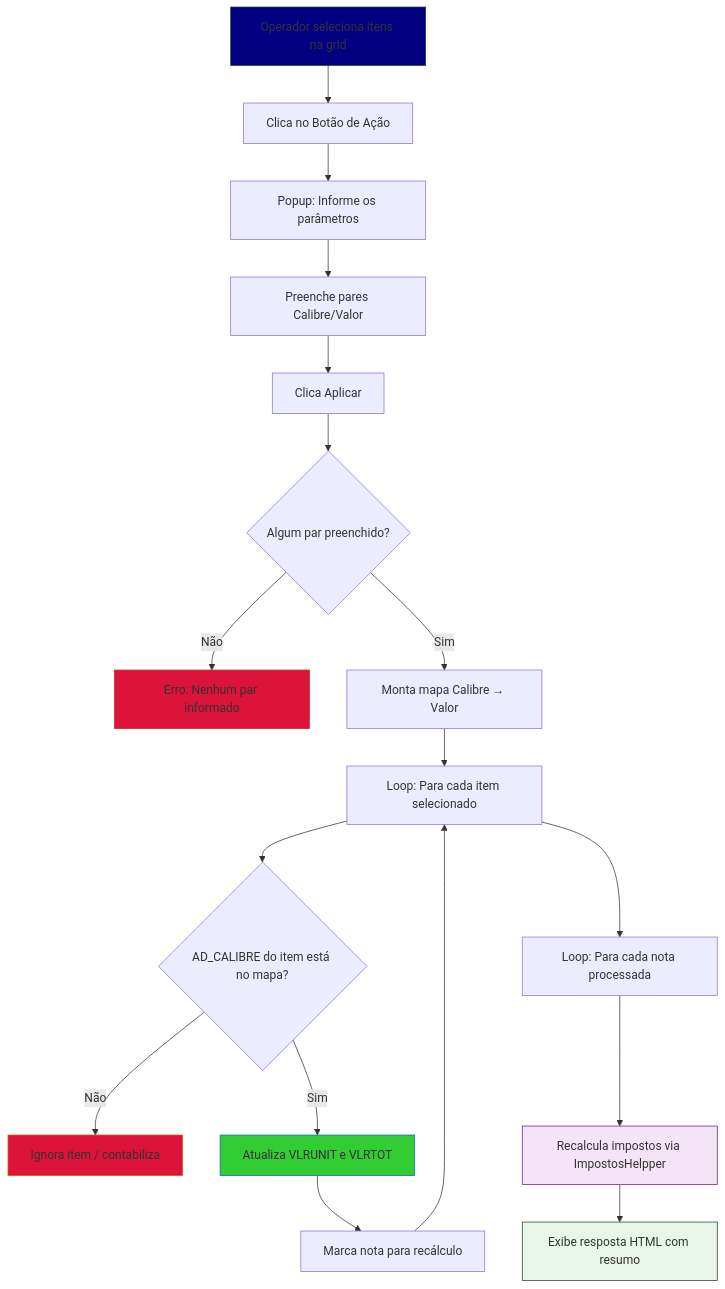
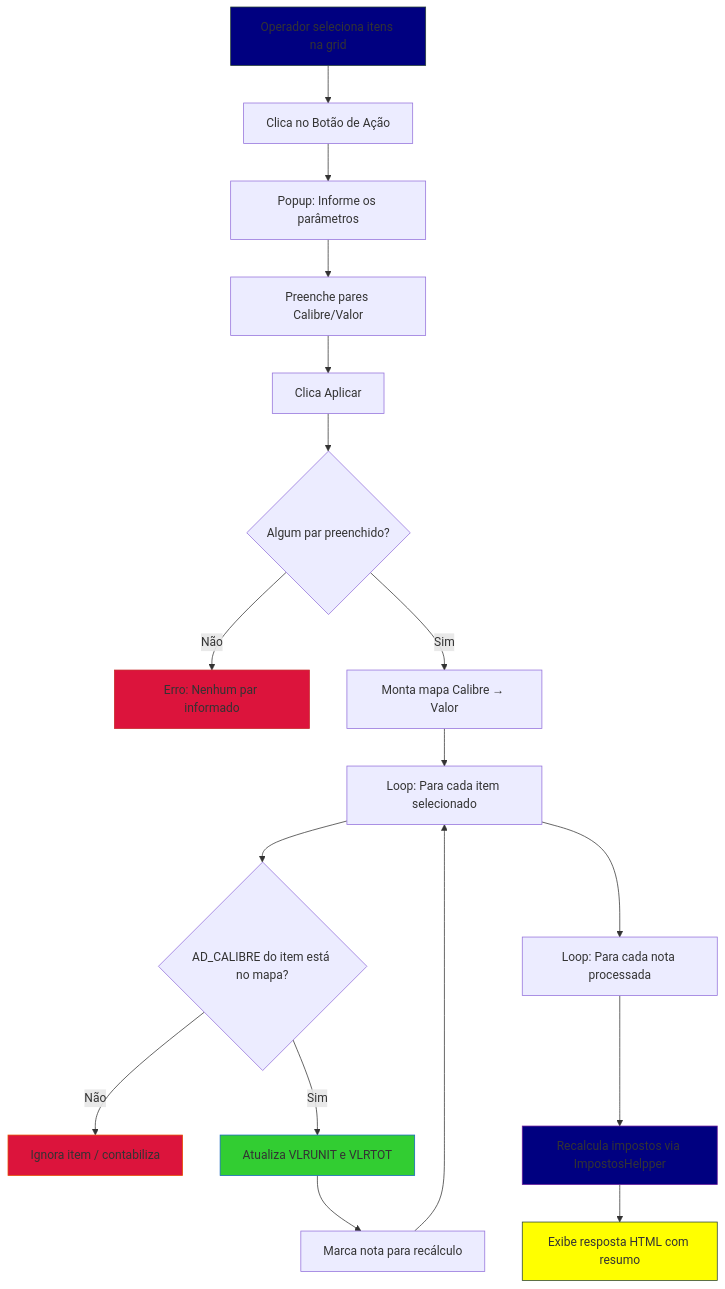
Before and after one commit to GrupoArgoFruta/BA-ATUALIZAR-CALIBRE-VLRUNITARIO: the diagram in README.md, drawn with Mermaid.

Commit message:
docs(EB-XX): README.D inicores do fluxo

````diff
--- a/README.md
+++ b/README.md
@@ -126,26 +126,26 @@
 ```mermaid
 flowchart TD
     A[Operador seleciona itens na grid] --> B[Clica no Botão de Ação]
     B --> C[Popup: Informe os parâmetros]
     C --> D[Preenche pares Calibre/Valor]
     D --> E[Clica Aplicar]
     E --> F{Algum par preenchido?}
     F -- Não --> G[Erro: Nenhum par informado]
     F -- Sim --> H[Monta mapa Calibre → Valor]
     H --> I[Loop: Para cada item selecionado]
     I --> J{AD_CALIBRE do item está no mapa?}
     J -- Não --> K[Ignora item / contabiliza]
     J -- Sim --> L[Atualiza VLRUNIT e VLRTOT]
     L --> M[Marca nota para recálculo]
     M --> I
     I --> N[Loop: Para cada nota processada]
     N --> O[Recalcula impostos via ImpostosHelpper]
     O --> P[Exibe resposta HTML com resumo]
 
     style A fill:#000080,stroke:#274135
-    style P fill:#e8f5e9,stroke:#274135
+    style P fill:#FFFF00,stroke:#274135
     style G fill:#DC143C,stroke:#c62828
     style K fill:#DC143C,stroke:#e65100
     style L fill:#32CD32,stroke:#1565c0
-    style O fill:#f3e5f5,stroke:#6a1b9a
+    style O fill:#000080,stroke:#6a1b9a
 ```
````
